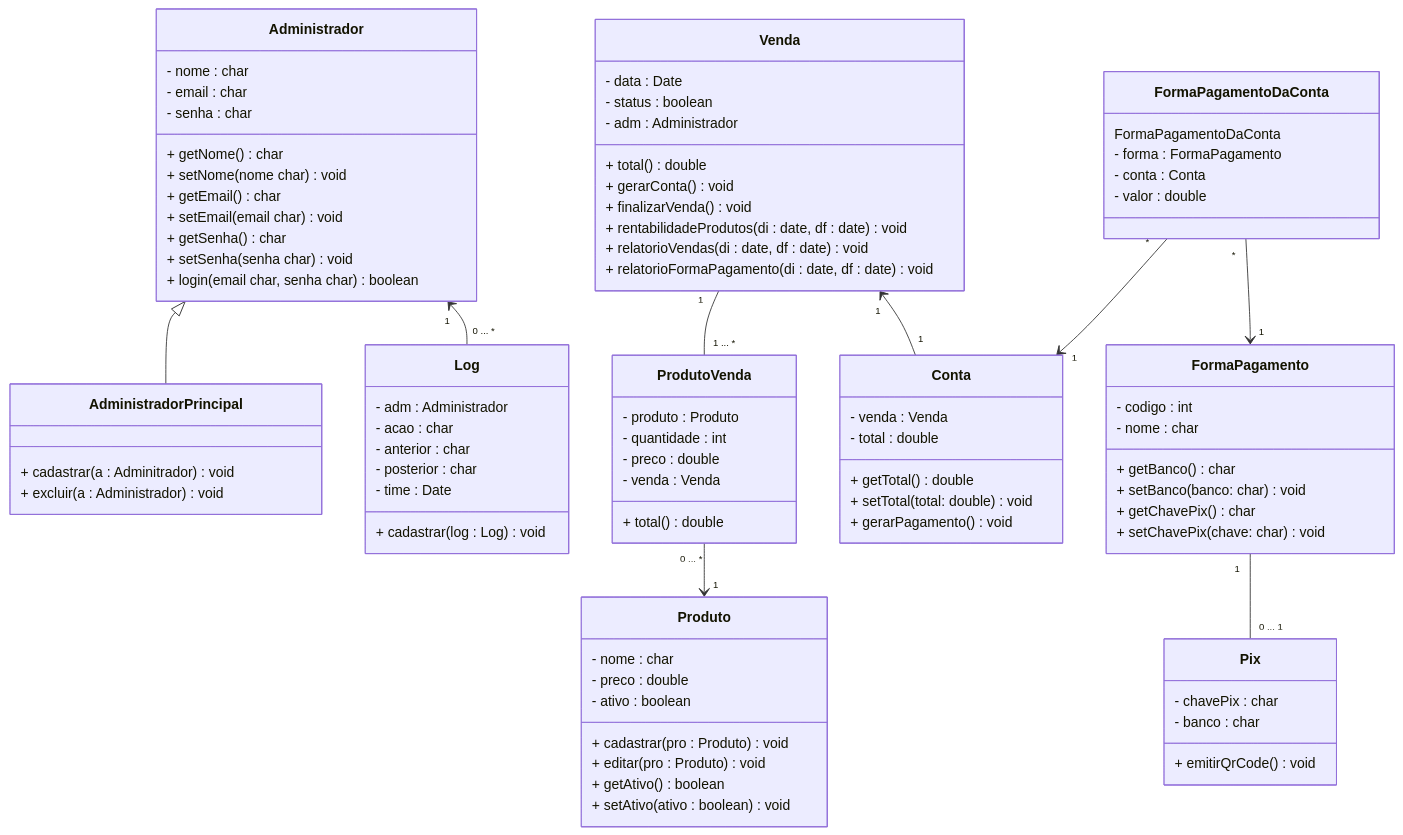
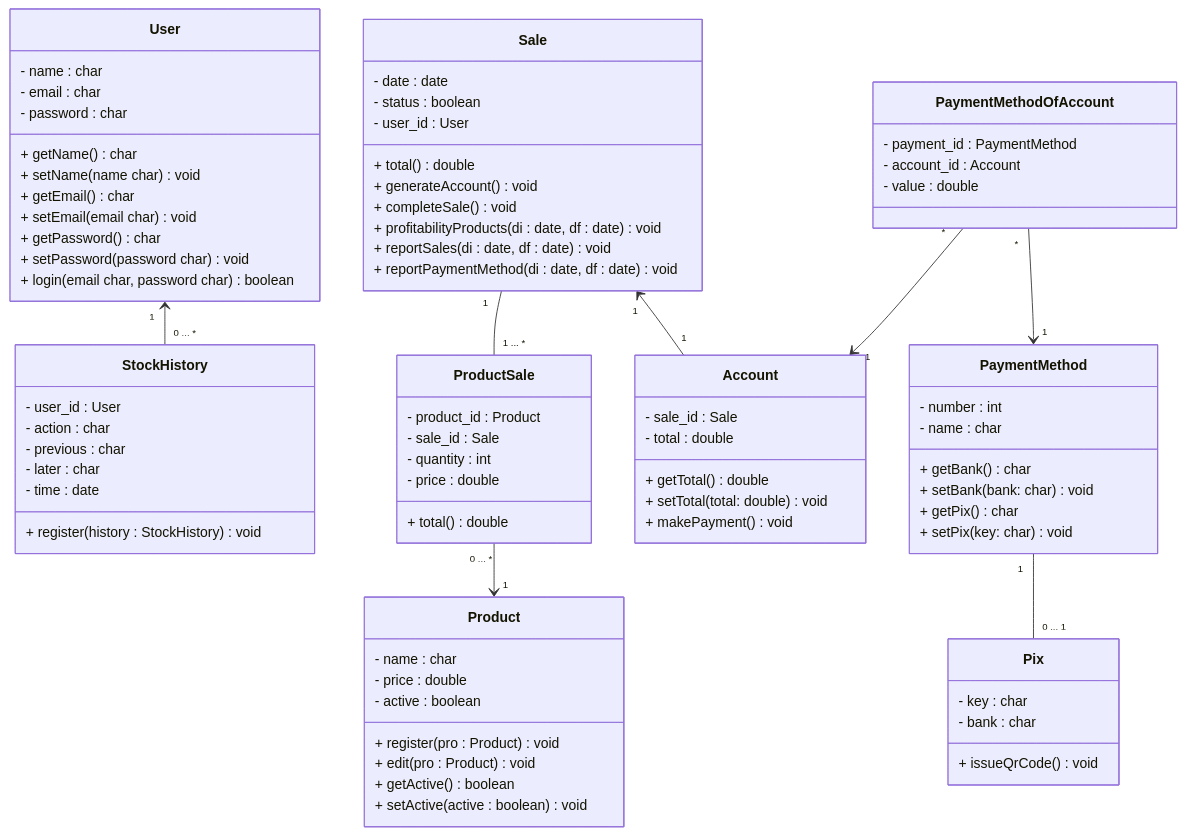
One commit to vitordaniel31/sisvenda changed the first of 2 diagrams in docs/doc_modelo.md. Above: the diagram before and after it, drawn with Mermaid. The commit also changed other lines of this file, not shown here.

Commit message:
doc: atualização do documento de modelos

````diff
--- a/docs/doc_modelo.md
+++ b/docs/doc_modelo.md
@@ -11,88 +11,82 @@
 ```mermaid
 classDiagram
-    class Administrador {
-        - nome : char
+    class User {
+        - name : char
         - email : char
-        - senha : char
-        + getNome() char
-        + setNome(nome char) void
+        - password : char
+        + getName() char
+        + setName(name char) void
         + getEmail() char
         + setEmail(email char) void
-        + getSenha() char
-        + setSenha(senha char) void
-        + login(email char, senha char) boolean
+        + getPassword() char
+        + setPassword(password char) void
+        + login(email char, password char) boolean
     }
-    class AdministradorPrincipal {
-        + cadastrar(a : Adminitrador) void
-        + excluir(a : Administrador) void
+    class StockHistory{
+        - user_id : User
+        - action : char
+        - previous : char
+        - later : char
+        - time : date
+        + register(history : StockHistory) void
     }
-    class Log{
-        - adm : Administrador
-        - acao : char
-        - anterior : char
-        - posterior : char
-        - time : Date
-        + cadastrar(log : Log) void
+    class Product{
+        - name : char
+        - price : double
+        - active : boolean
+        + register(pro : Product) void
+        + edit(pro : Product) void
+        + getActive() boolean
+        + setActive(active : boolean) void
     }
-    class Produto{
-        - nome : char
-        - preco : double
-        - ativo : boolean
-        + cadastrar(pro : Produto) void
-        + editar(pro : Produto) void
-        + getAtivo() boolean
-        + setAtivo(ativo : boolean) void
-    }
-    class ProdutoVenda{
-        - produto : Produto
-        - quantidade : int
-        - preco : double
-        - venda : Venda
+    class ProductSale{
+        - product_id : Product
+        - sale_id : Sale
+        - quantity : int
+        - price : double
         + total() double
     }
-    class Venda{
-        - data : Date
+    class Sale{
+        - date : date
         - status : boolean
-        - adm : Administrador
+        - user_id : User
         + total() double
-        + gerarConta() void
-        + finalizarVenda() void
-        + rentabilidadeProdutos(di : date, df : date) void
-        + relatorioVendas(di : date, df : date) void
-        + relatorioFormaPagamento(di : date, df : date) void
+        + generateAccount() void
+        + completeSale() void
+        + profitabilityProducts(di : date, df : date) void
+        + reportSales(di : date, df : date) void
+        + reportPaymentMethod(di : date, df : date) void
     }
-    class Conta{
-        - venda : Venda
+    class Account{
+        - sale_id : Sale
         - total : double
         + getTotal() double
         + setTotal(total: double) void
-        + gerarPagamento() void
+        + makePayment() void
     }
-    class FormaPagamentoDaConta{
-        FormaPagamentoDaConta
-        - forma : FormaPagamento
-        - conta : Conta
-        - valor : double
+    class PaymentMethodOfAccount{
+        - payment_id : PaymentMethod
+        - account_id : Account
+        - value : double
     }
-    class FormaPagamento{
-        - codigo : int
-        - nome : char
-        + getBanco() char
-        + setBanco(banco: char) void
-        + getChavePix() char
-        + setChavePix(chave: char) void
+    class PaymentMethod{
+        - number : int
+        - name : char
+        + getBank() char
+        + setBank(bank: char) void
+        + getPix() char
+        + setPix(key: char) void
     }
     class Pix{
-        - chavePix : char
-        - banco : char
-        + emitirQrCode() void
+        - key : char
+        - bank : char
+        + issueQrCode() void
     }
-    Administrador <|-- AdministradorPrincipal
-    Administrador "1" <-- "0 ... *" Log
-    ProdutoVenda "0 ... *" --> "1" Produto
-    Venda "1" -- "1 ... *" ProdutoVenda
-    Venda "1" <-- "1" Conta
-    FormaPagamentoDaConta "*" --> "1" Conta
-    FormaPagamentoDaConta "*" --> "1" FormaPagamento
-    FormaPagamento "1" -- "0 ... 1" Pix
+    User "1" <-- "0 ... *" StockHistory
+    ProductSale "0 ... *" --> "1" Product
+    Sale "1" -- "1 ... *" ProductSale
+    Sale "1" <-- "1" Account
+    PaymentMethodOfAccount "*" --> "1" Account
+    PaymentMethodOfAccount "*" --> "1" PaymentMethod
+    PaymentMethod "1" -- "0 ... 1" Pix
 ```
````
